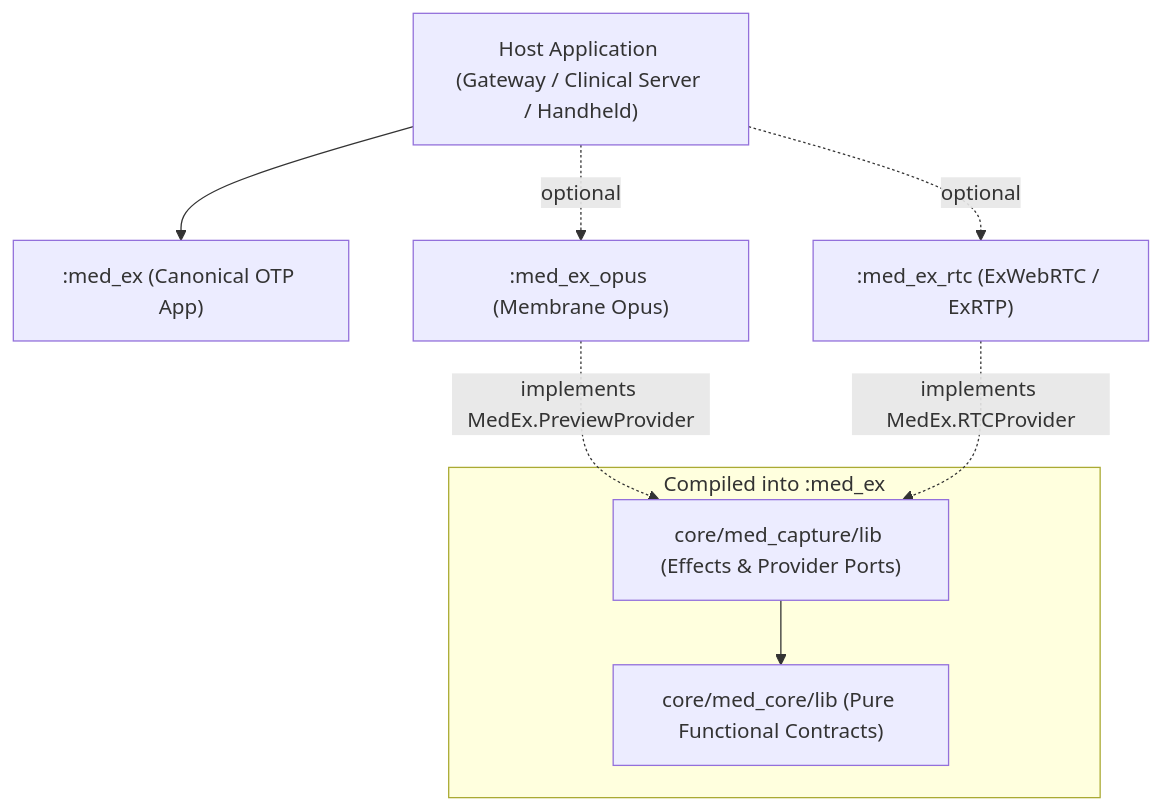
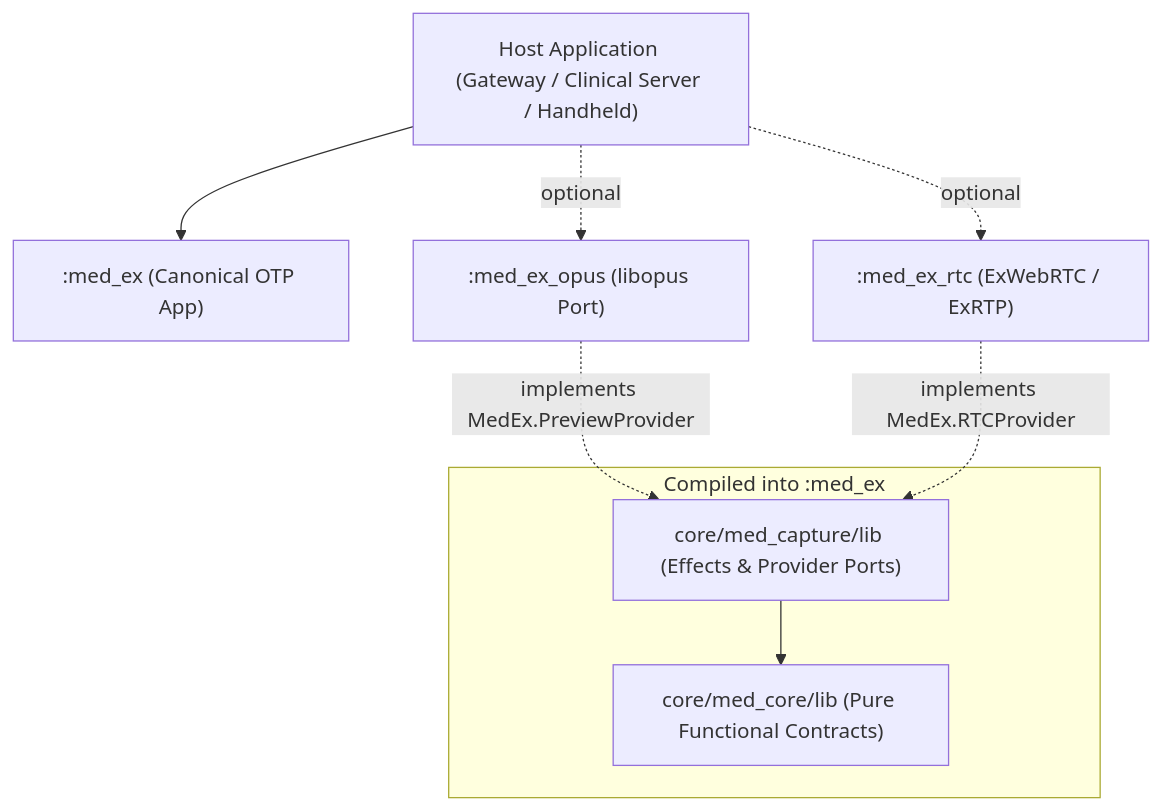
One commit to nshkrdotcom/med_ex changed the diagram in guides/architecture_and_roadmap.md. Above: the diagram before and after it, drawn with Mermaid. The commit also changed other lines of this file and 18 other files, not shown here.

Commit message:
Replace Membrane Opus with a vendored-libopus Port encoder (med_ex_opus 0.2.0)

````diff
--- a/guides/architecture_and_roadmap.md
+++ b/guides/architecture_and_roadmap.md
@@ -7,13 +7,13 @@
 ```mermaid
 flowchart TD
   Host["Host Application (Gateway / Clinical Server / Handheld)"]
   Host --> MedEx[":med_ex (Canonical OTP App)"]
-  Host -. "optional" .-> Opus[":med_ex_opus (Membrane Opus)"]
+  Host -. "optional" .-> Opus[":med_ex_opus (libopus Port)"]
   Host -. "optional" .-> RTC[":med_ex_rtc (ExWebRTC / ExRTP)"]
   Opus -. "implements MedEx.PreviewProvider" .-> Capture
   RTC -. "implements MedEx.RTCProvider" .-> Capture
 
   subgraph MedEx_Sources ["Compiled into :med_ex"]
     Capture["core/med_capture/lib (Effects & Provider Ports)"] --> Core["core/med_core/lib (Pure Functional Contracts)"]
   end
 ```
````
